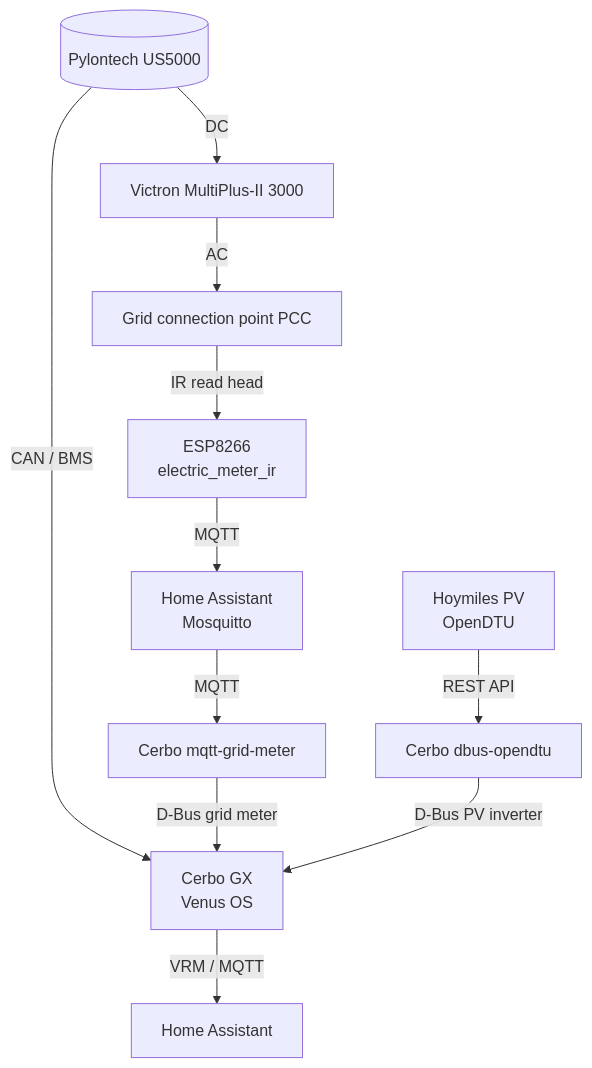
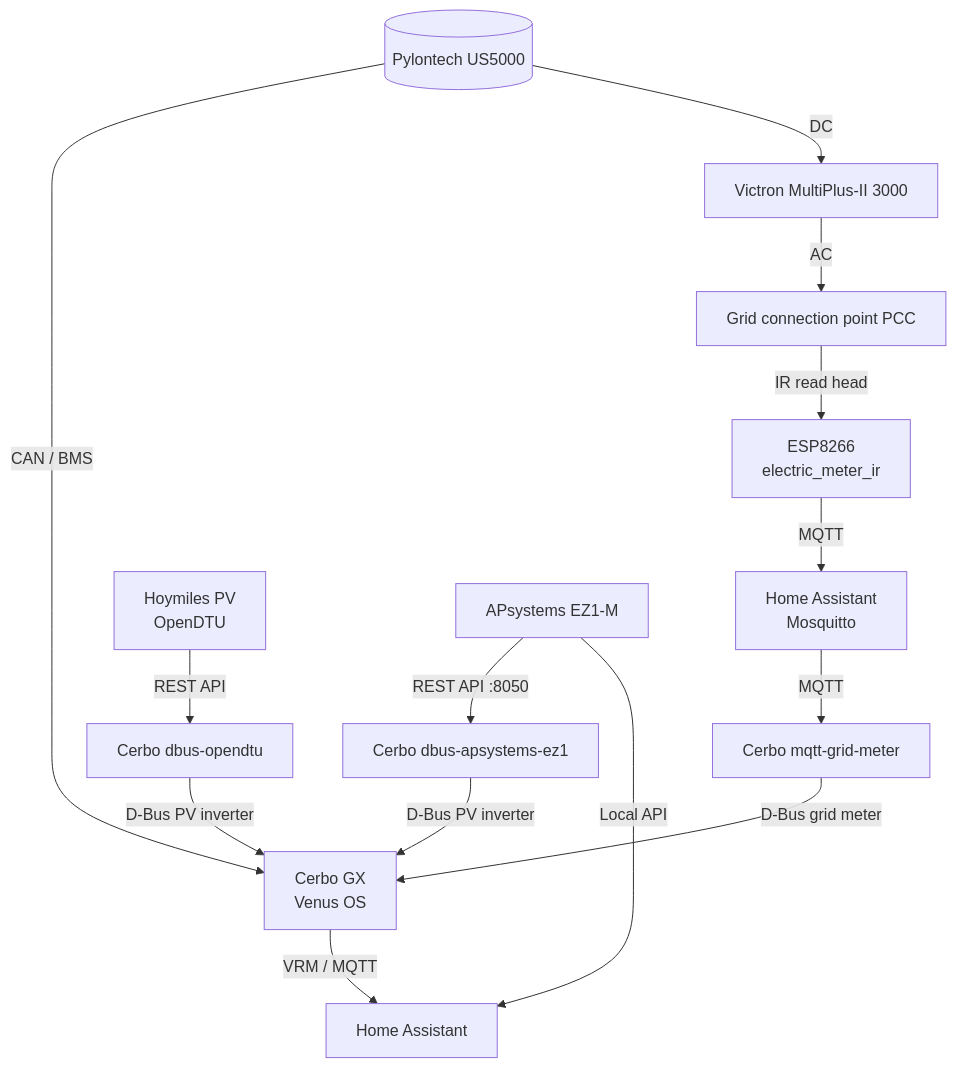
The diagram in README.md (simonsilie/home-automation), drawn with Mermaid before and after one commit. The commit also changed 6 other files, not shown here.

````diff
--- a/README.md
+++ b/README.md
@@ -17,13 +17,16 @@
 ```mermaid
 flowchart TD
     Battery[(Pylontech US5000)] -->|CAN / BMS| Cerbo[Cerbo GX\nVenus OS]
     Battery -->|DC| MP2[Victron MultiPlus-II 3000]
     MP2 -->|AC| PCC[Grid connection point PCC]
     PCC -->|IR read head| ESP8266[ESP8266\nelectric_meter_ir]
     ESP8266 -->|MQTT| Mosquitto[Home Assistant\nMosquitto]
     Mosquitto -->|MQTT| GridMeter[Cerbo mqtt-grid-meter]
     GridMeter -->|D-Bus grid meter| Cerbo
     Hoymiles[Hoymiles PV\nOpenDTU] -->|REST API| OpenDTU[Cerbo dbus-opendtu]
     OpenDTU -->|D-Bus PV inverter| Cerbo
-    Cerbo -->|VRM / MQTT| HA[Home Assistant]
+    EZ1[APsystems EZ1-M] -->|REST API :8050| DbusEZ1[Cerbo dbus-apsystems-ez1]
+    DbusEZ1 -->|D-Bus PV inverter| Cerbo
+    EZ1 -->|Local API| HA[Home Assistant]
+    Cerbo -->|VRM / MQTT| HA
 ```
````
